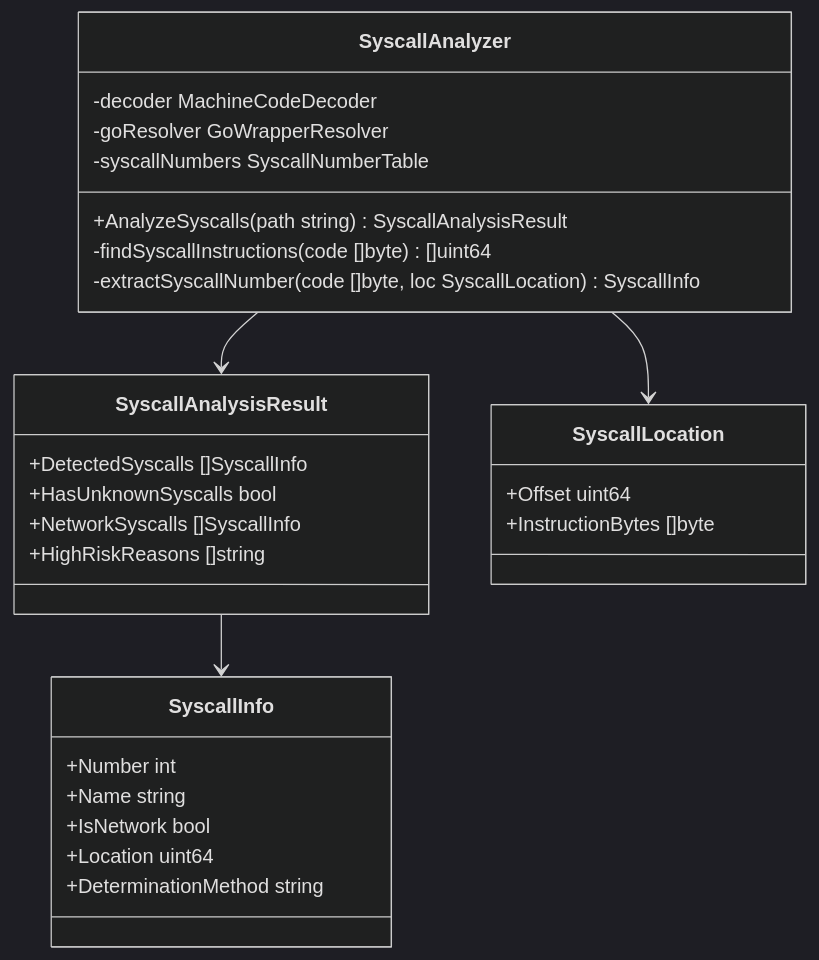
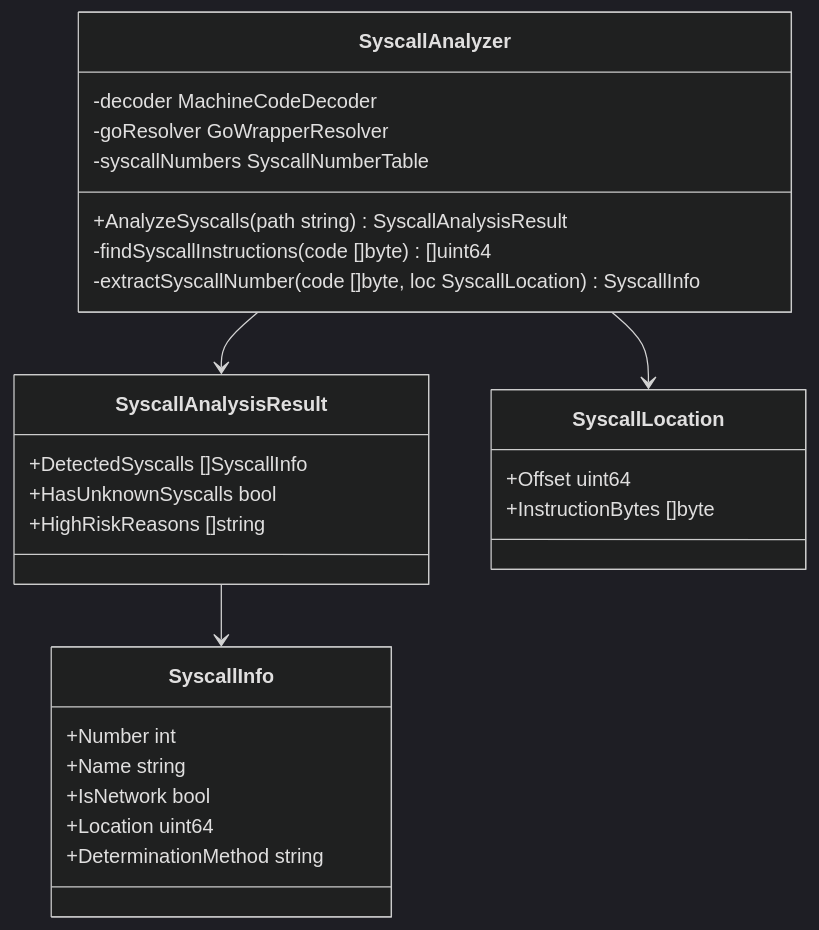
Before and after one commit to isseis/go-safe-cmd-runner: the seventh of 18 diagrams in docs/tasks/0070_elf_syscall_analysis/02_architecture.md, drawn with Mermaid (dark theme). The commit also changed other lines of this file and 1 other file, not shown here.

First line of the commit message:
Fix documentation inconsistencies in ELF syscall analysis spec

````diff
--- a/docs/tasks/0070_elf_syscall_analysis/02_architecture.md
+++ b/docs/tasks/0070_elf_syscall_analysis/02_architecture.md
@@ -235,35 +235,34 @@
 ```mermaid
 classDiagram
     class SyscallAnalyzer {
         -decoder MachineCodeDecoder
         -goResolver GoWrapperResolver
         -syscallNumbers SyscallNumberTable
         +AnalyzeSyscalls(path string) SyscallAnalysisResult
         -findSyscallInstructions(code []byte) []uint64
         -extractSyscallNumber(code []byte, loc SyscallLocation) SyscallInfo
     }
 
     class SyscallAnalysisResult {
         +DetectedSyscalls []SyscallInfo
         +HasUnknownSyscalls bool
-        +NetworkSyscalls []SyscallInfo
         +HighRiskReasons []string
     }
 
     class SyscallInfo {
         +Number int
         +Name string
         +IsNetwork bool
         +Location uint64
         +DeterminationMethod string
     }
 
     class SyscallLocation {
         +Offset uint64
         +InstructionBytes []byte
     }
 
     SyscallAnalyzer --> SyscallAnalysisResult
     SyscallAnalysisResult --> SyscallInfo
     SyscallAnalyzer --> SyscallLocation
 ```
````
